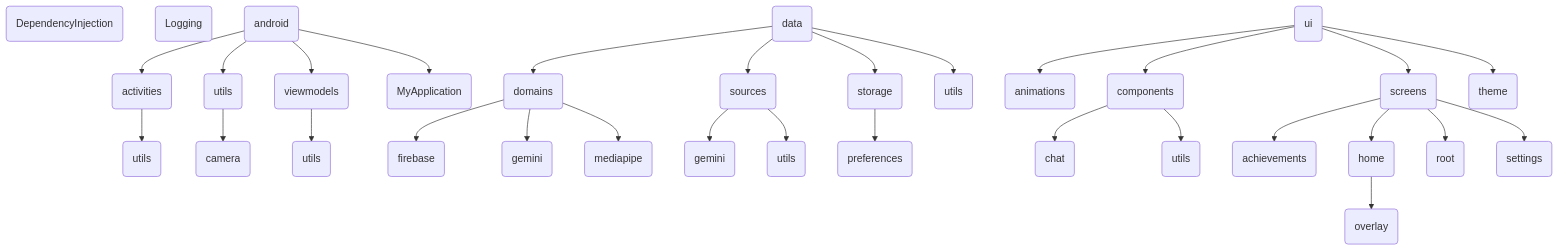
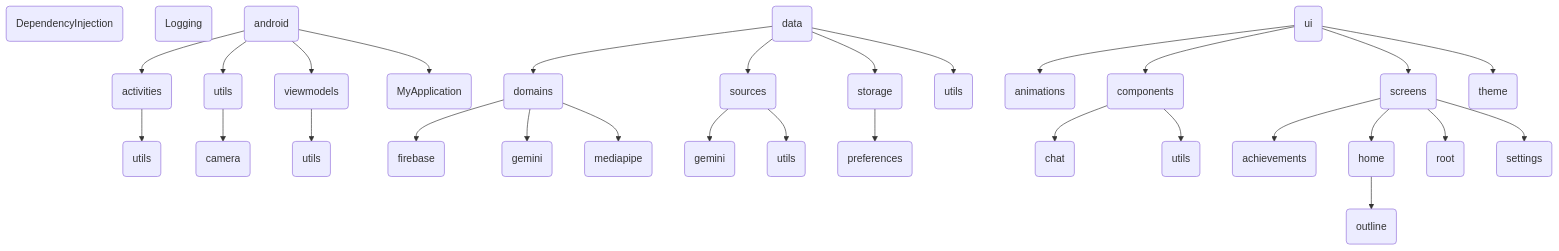
Before and after one commit to p4ulor/Object-Detector-App: the diagram in docs/README.md, drawn with Mermaid. The commit also changed other lines of this file and 26 other files, not shown here.

Commit message:
89 - move ui/components/chat package to ui/home, rename overlay/ to outline/, add initial UI AchievementsScreen

````diff
--- a/docs/README.md
+++ b/docs/README.md
@@ -21,47 +21,47 @@
 ```mermaid
 graph TD
 E(DependencyInjection);
     F(Logging);
     B(android);
     C(data);
     D(ui);
 
     B --> B1(activities);
     B --> B2(utils);
     B --> B3(viewmodels);
     B --> B4(MyApplication);
 
     B1 --> B11(utils);
     B2 --> B21(camera);
     B3 --> B31(utils);
 
     C --> C1(domains);
     C --> C2(sources);
     C --> C3(storage);
     C --> C4(utils);
 
     C1 --> C11(firebase);
     C1 --> C12(gemini);
     C1 --> C13(mediapipe);
 
     C2 --> C21(gemini);
     C2 --> C22(utils);
 
     C3 --> C31(preferences);
 
     D --> D1(animations);
     D --> D2(components);
     D --> D3(screens);
     D --> D4(theme);
 
     D2 --> D21(chat);
     D2 --> D22(utils);
 
     D3 --> D31(achievements);
     D3 --> D32(home);
     D3 --> D33(root);
     D3 --> D34(settings);
 
-    D32 --> D321(overlay);
+    D32 --> D321(outline);
 
 ```
````
